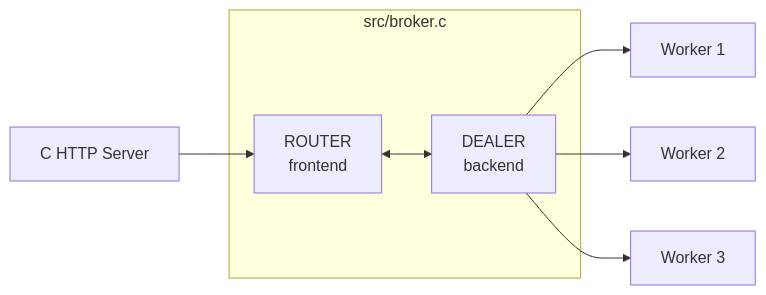
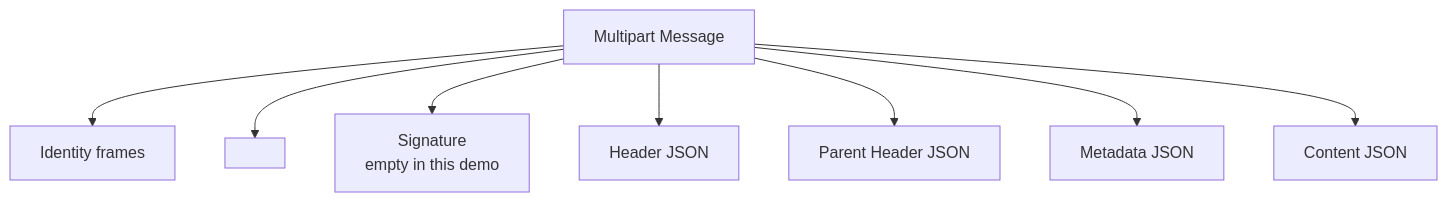
The ninth of 15 diagrams in presentation/PRESENTATION_SLIDES.md (Andrew53O/zemomq-c-notebook), drawn with Mermaid before and after one commit. The commit also changed other lines of this file and 1 other file, not shown here.

````diff
--- a/presentation/PRESENTATION_SLIDES.md
+++ b/presentation/PRESENTATION_SLIDES.md
@@ -328,13 +413,10 @@
 ```mermaid
-flowchart LR
-    S1["C HTTP Server"] --> R["ROUTER<br/>frontend"]
-    R <--> D["DEALER<br/>backend"]
-    D --> W1["Worker 1"]
-    D --> W2["Worker 2"]
-    D --> W3["Worker 3"]
-
-    subgraph Broker["src/broker.c"]
-        R
-        D
-    end
+flowchart TD
+    M["Multipart Message"] --> I["Identity frames"]
+    M --> D["<IDS|MSG>"]
+    M --> Sig["Signature<br/>empty in this demo"]
+    M --> H["Header JSON"]
+    M --> P["Parent Header JSON"]
+    M --> Meta["Metadata JSON"]
+    M --> C["Content JSON"]
 ```
````
